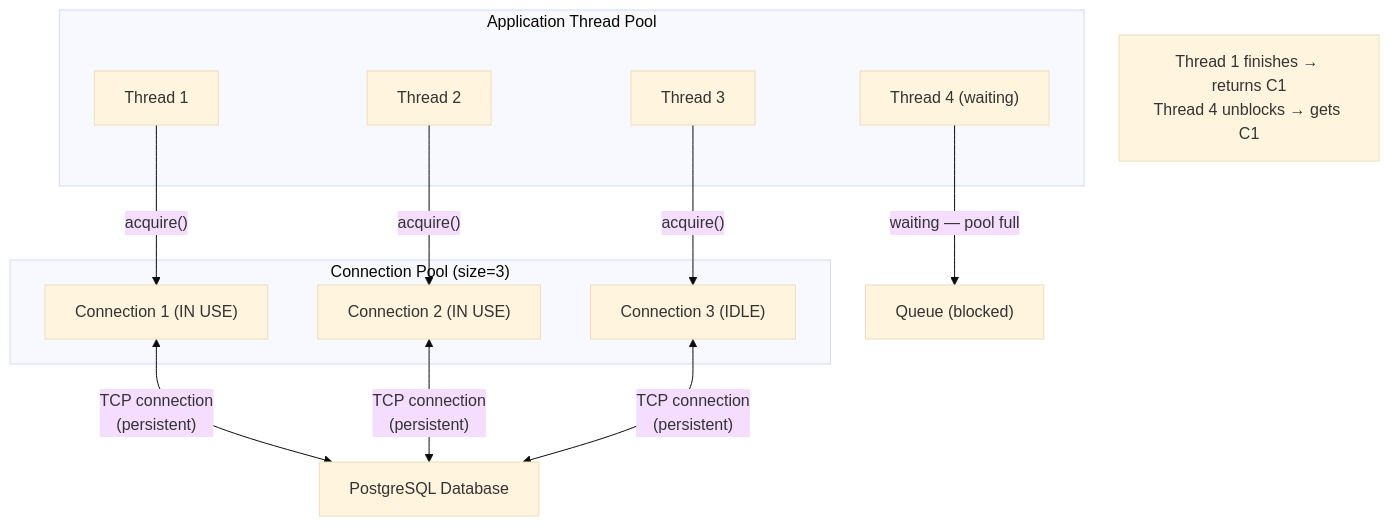
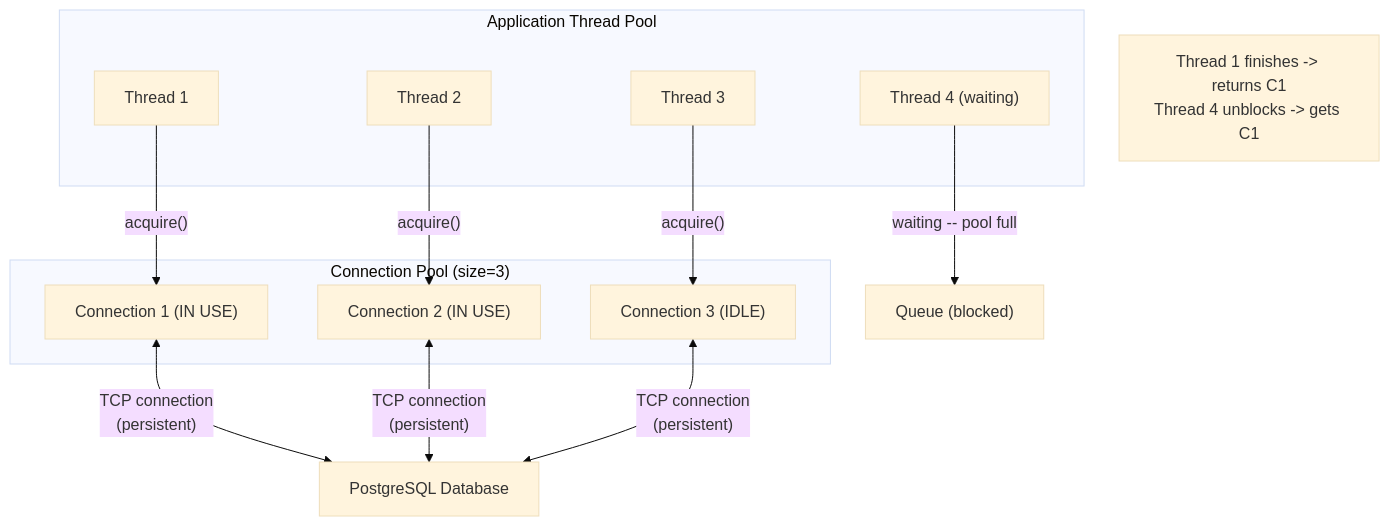
The seventh of 13 diagrams in Section0/Chapter_4_Networking_Foundations.md (ranjeetnegi/System-Design-for-Staff-SWE), drawn with Mermaid (base theme) before and after one commit. The commit also changed other lines of this file and 11 other files, not shown here.

````diff
--- a/Section0/Chapter_4_Networking_Foundations.md
+++ b/Section0/Chapter_4_Networking_Foundations.md
@@ -500,28 +500,28 @@
 ```mermaid
 flowchart TD
     subgraph "Application Thread Pool"
         T1["Thread 1"]
         T2["Thread 2"]
         T3["Thread 3"]
         T4["Thread 4 (waiting)"]
     end
     
     subgraph "Connection Pool (size=3)"
         C1["Connection 1 (IN USE)"]
         C2["Connection 2 (IN USE)"]
         C3["Connection 3 (IDLE)"]
     end
     
     DB["PostgreSQL Database"]
     
     T1 -->|"acquire()"| C1
     T2 -->|"acquire()"| C2
     T3 -->|"acquire()"| C3
-    T4 -->|"waiting — pool full"| WAIT["Queue (blocked)"]
+    T4 -->|"waiting -- pool full"| WAIT["Queue (blocked)"]
     
     C1 <-->|"TCP connection<br/>(persistent)"| DB
     C2 <-->|"TCP connection<br/>(persistent)"| DB
     C3 <-->|"TCP connection<br/>(persistent)"| DB
     
-    note1["Thread 1 finishes → returns C1<br/>Thread 4 unblocks → gets C1"]
+    note1["Thread 1 finishes -> returns C1<br/>Thread 4 unblocks -> gets C1"]
 ```
````
